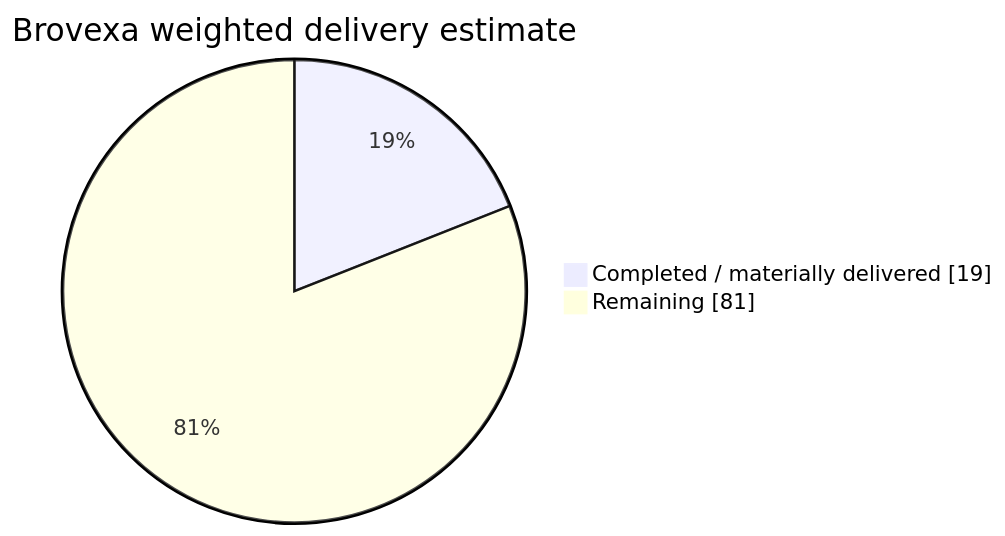
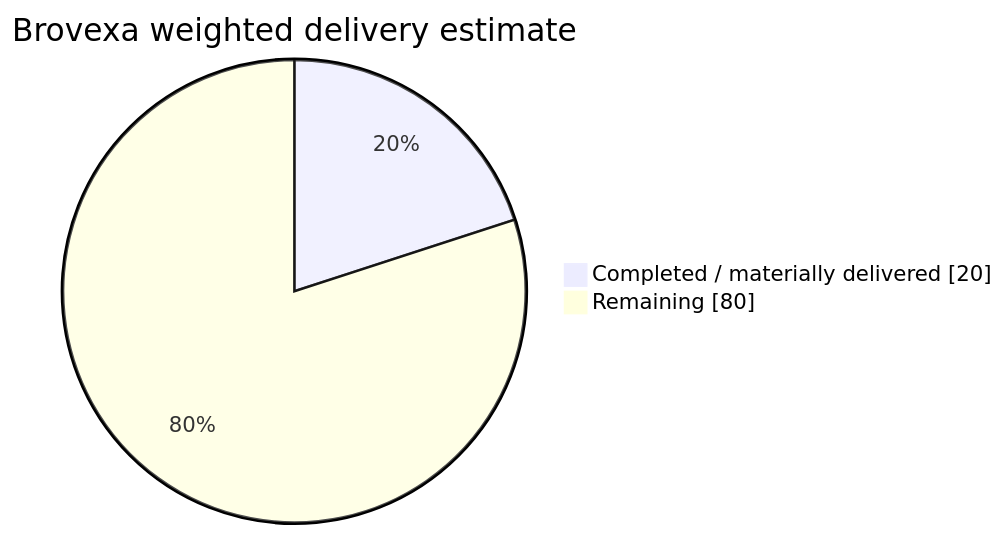
The diagram in README.md (Vertex-Systems-Network/brovexa), drawn with Mermaid before and after one commit. The commit also changed other lines of this file, not shown here.

````diff
--- a/README.md
+++ b/README.md
@@ -17,6 +17,6 @@
 ```mermaid
 pie showData
     title Brovexa weighted delivery estimate
-    "Completed / materially delivered" : 19
-    "Remaining" : 81
+    "Completed / materially delivered" : 20
+    "Remaining" : 80
 ```
````
